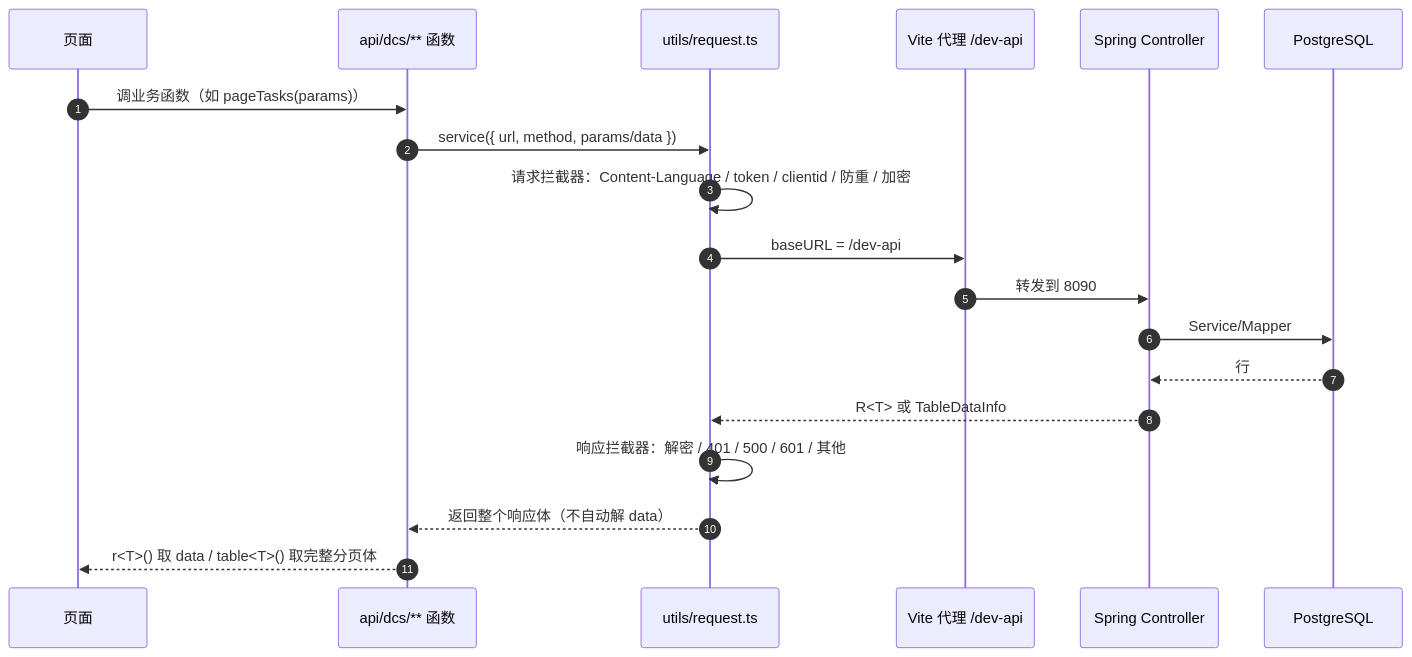
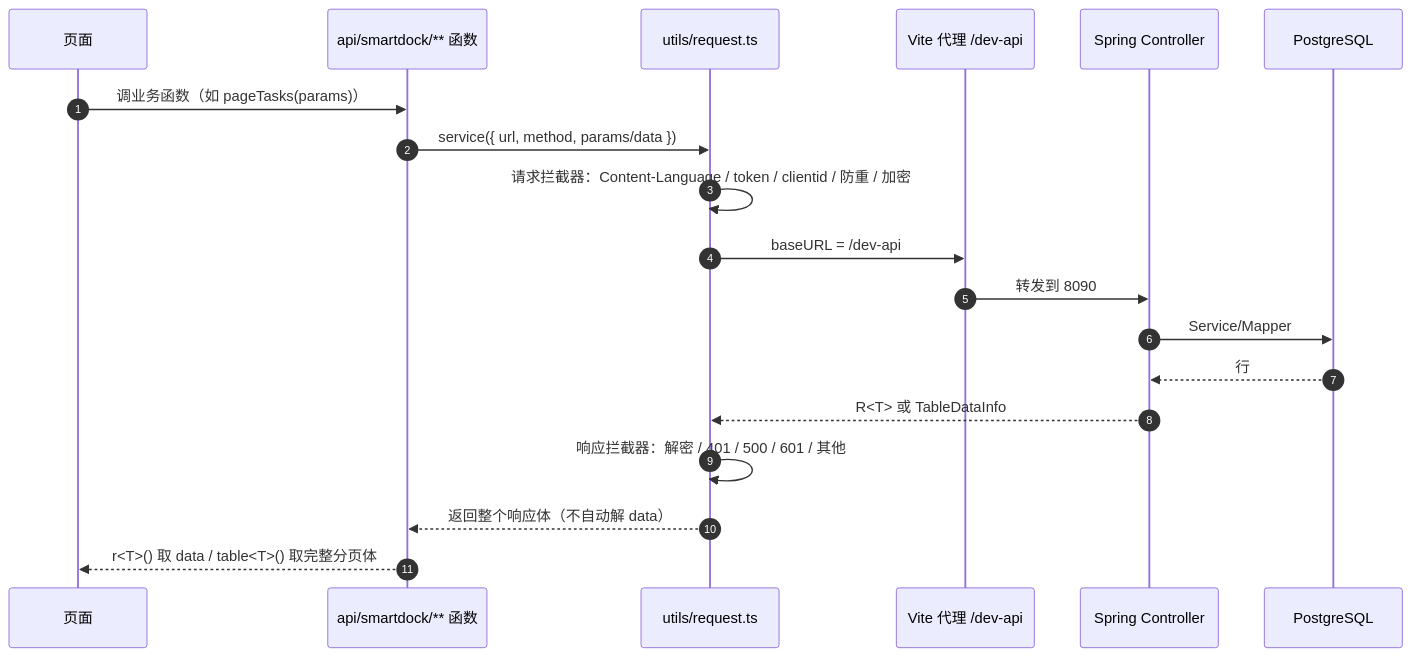
The fifth of 9 diagrams in docs/frontend-architecture.md (ck-ys/SmartDock), drawn with Mermaid before and after one commit. The commit also changed other lines of this file and 24 other files, not shown here.

````diff
--- a/docs/frontend-architecture.md
+++ b/docs/frontend-architecture.md
@@ -317,22 +317,22 @@
 ```mermaid
 sequenceDiagram
   autonumber
   participant P as 页面
-  participant A as api/dcs/** 函数
+  participant A as api/smartdock/** 函数
   participant R as utils/request.ts
   participant V as Vite 代理 /dev-api
   participant C as Spring Controller
   participant DB as PostgreSQL
 
   P->>A: 调业务函数（如 pageTasks(params)）
   A->>R: service({ url, method, params/data })
   R->>R: 请求拦截器：Content-Language / token / clientid / 防重 / 加密
   R->>V: baseURL = /dev-api
   V->>C: 转发到 8090
   C->>DB: Service/Mapper
   DB-->>C: 行
   C-->>R: R<T> 或 TableDataInfo
   R->>R: 响应拦截器：解密 / 401 / 500 / 601 / 其他
   R-->>A: 返回整个响应体（不自动解 data）
   A-->>P: r<T>() 取 data / table<T>() 取完整分页体
 ```
````
